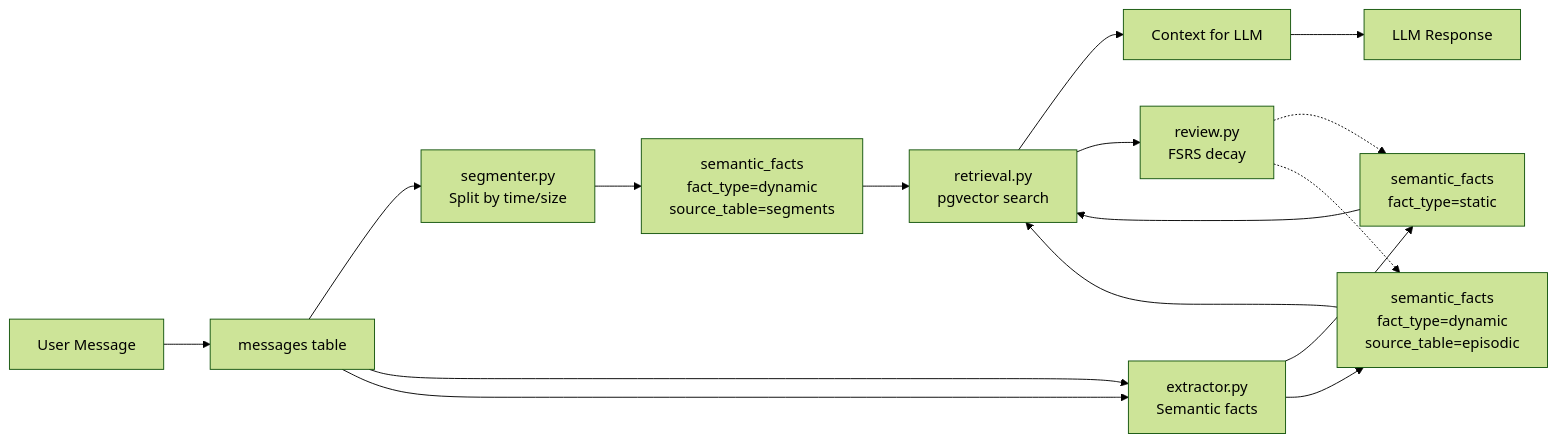
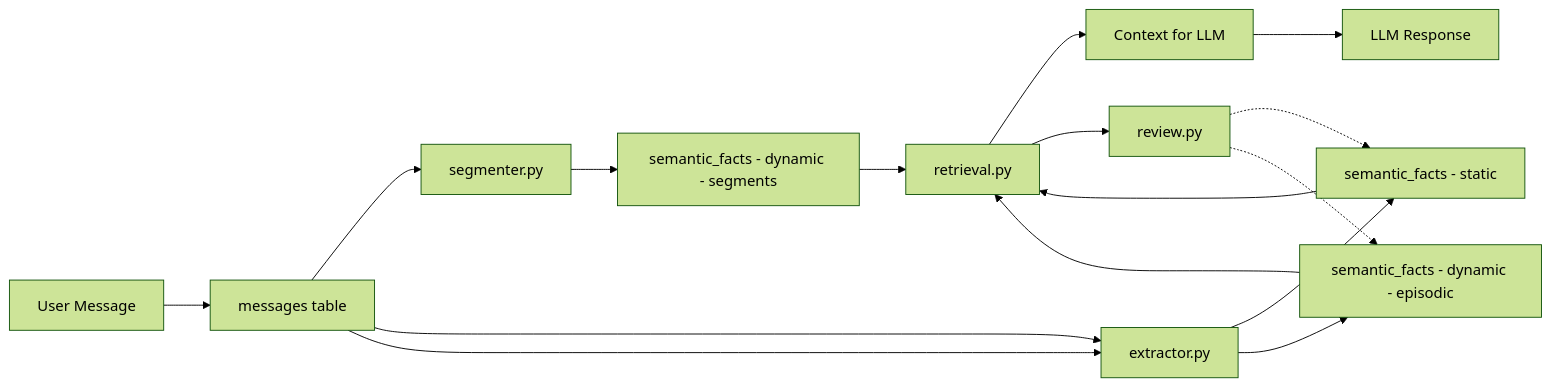
The sixth of 9 diagrams in app/README.md (icedeyes12/yuzu-companion), drawn with Mermaid (forest theme) before and after one commit. The commit also changed other lines of this file and 1 other file, not shown here.

First line of the commit message:
docs: fix all mermaid diagrams and remove unused dependency

````diff
--- a/app/README.md
+++ b/app/README.md
@@ -480,18 +480,18 @@
 ```mermaid
 flowchart LR
     A[User Message] --> B[messages table]
-    B --> C[segmenter.py<br/>Split by time/size]
-    C --> D[semantic_facts<br/>fact_type=dynamic<br/>source_table=segments]
-    B --> E[extractor.py<br/>Semantic facts]
-    E --> F[semantic_facts<br/>fact_type=static]
+    B --> C[segmenter.py]
+    C --> D[semantic_facts - dynamic - segments]
+    B --> E[extractor.py]
+    E --> F[semantic_facts - static]
     B --> E
-    E --> G[semantic_facts<br/>fact_type=dynamic<br/>source_table=episodic]
-    D --> H[retrieval.py<br/>pgvector search]
+    E --> G[semantic_facts - dynamic - episodic]
+    D --> H[retrieval.py]
     F --> H
     G --> H
     H --> I[Context for LLM]
     I --> J[LLM Response]
-    H --> K[review.py<br/>FSRS decay]
+    H --> K[review.py]
     K -.-> F
     K -.-> G
 ```
````
